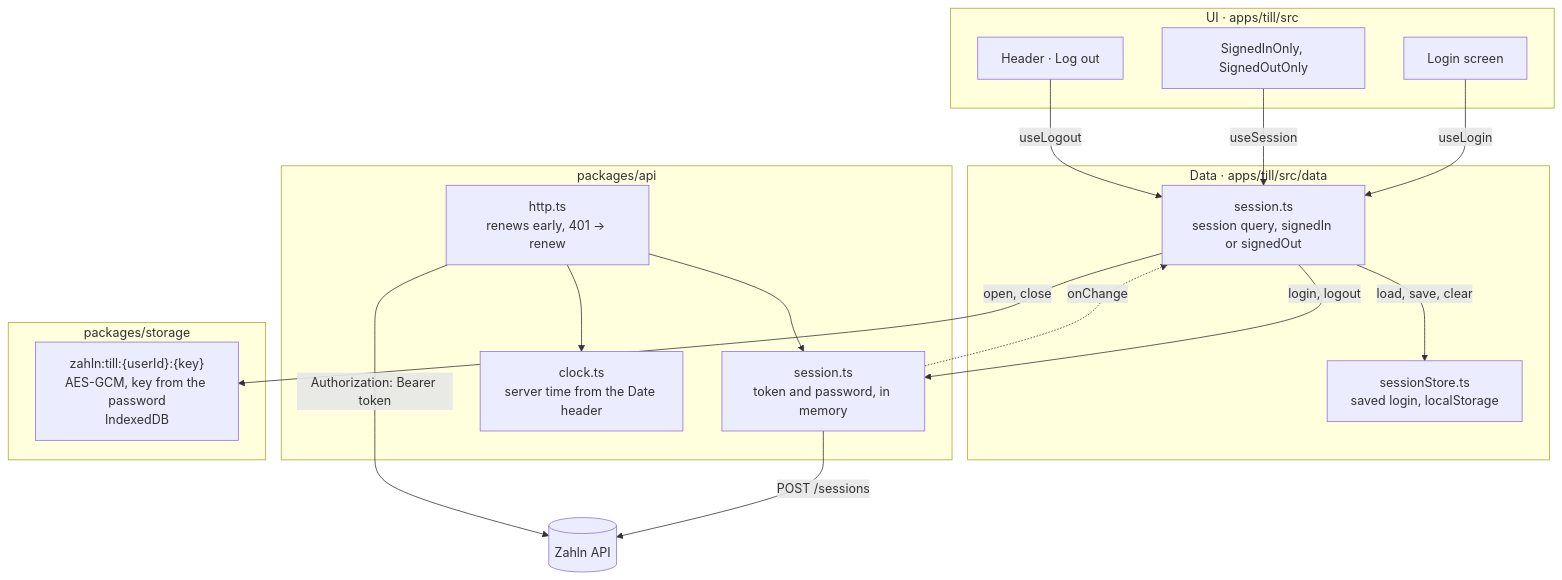
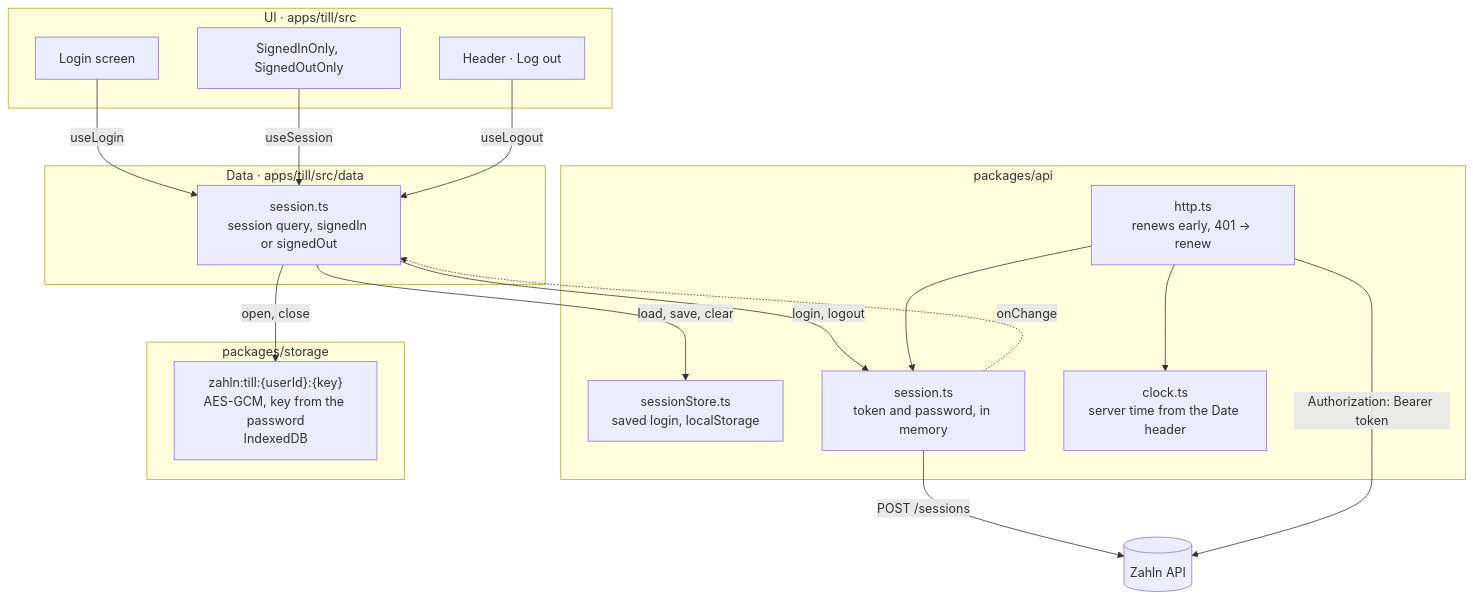
The first of 3 diagrams in docs/till-plan.md (Ashish15082001/zahln), drawn with Mermaid before and after one commit. The commit also changed other lines of this file and 1 other file, not shown here.

Commit message:
Point the till plan at the shared saved-login store and record the student app's login in the build plan

````diff
--- a/docs/till-plan.md
+++ b/docs/till-plan.md
@@ -55,33 +55,33 @@
 ```mermaid
 flowchart TD
   subgraph UI["UI · apps/till/src"]
     Login["Login screen"]
     Guard["SignedInOnly, SignedOutOnly"]
     Header["Header · Log out"]
   end
   subgraph Data["Data · apps/till/src/data"]
     Session["session.ts<br/>session query, signedIn or signedOut"]
-    SessionStore["sessionStore.ts<br/>saved login, localStorage"]
   end
   subgraph Api["packages/api"]
+    SessionStore["sessionStore.ts<br/>saved login, localStorage"]
     SessionTs["session.ts<br/>token and password, in memory"]
     Http["http.ts<br/>renews early, 401 → renew"]
     Clock["clock.ts<br/>server time from the Date header"]
   end
   subgraph Storage["packages/storage"]
     Saved["zahln:till:{userId}:{key}<br/>AES-GCM, key from the password<br/>IndexedDB"]
   end
   Server[("Zahln API")]
 
   Login -- useLogin --> Session
   Guard -- useSession --> Session
   Header -- useLogout --> Session
   Session -- "login, logout" --> SessionTs
   SessionTs -. onChange .-> Session
   Session -- "open, close" --> Saved
   Session -- "load, save, clear" --> SessionStore
   Http --> SessionTs
   Http --> Clock
   SessionTs -- "POST /sessions" --> Server
   Http -- "Authorization: Bearer token" --> Server
 ```
````
